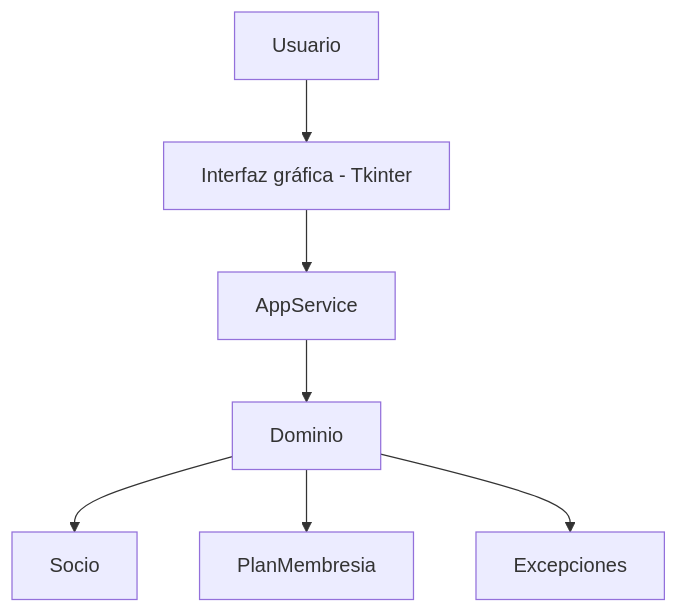
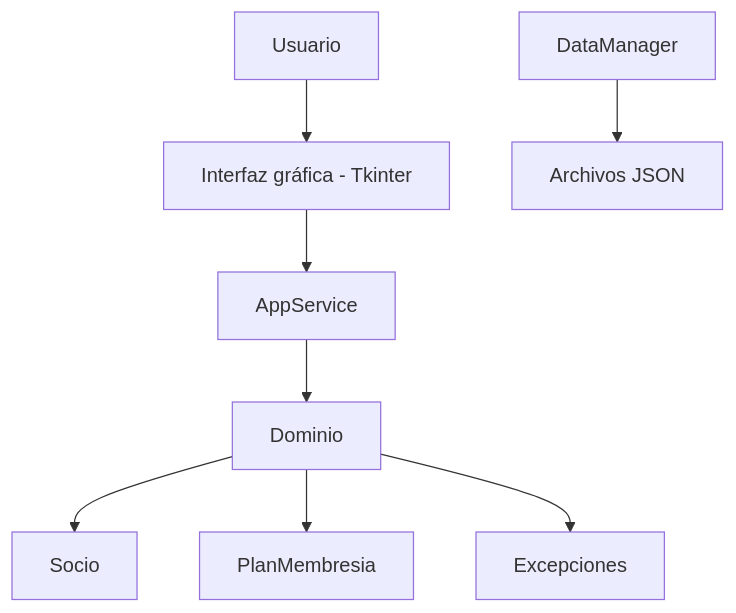
The first of 3 diagrams in architecture.md (Rodri7930/PARCIAL-GYM), drawn with Mermaid before and after one commit. The commit also changed other lines of this file, not shown here.

Commit message:
docs: actualiza arquitectura con persistencia JSON

````diff
--- a/architecture.md
+++ b/architecture.md
@@ -67,9 +98,12 @@
 ```mermaid
 flowchart TD
     U[Usuario] --> UI[Interfaz gráfica - Tkinter]
     UI --> S[AppService]
     S --> D[Dominio]
+
     D --> SOC[Socio]
     D --> PLAN[PlanMembresia]
     D --> EX[Excepciones]
+
+    DM[DataManager] --> JSON[Archivos JSON]
 ```
````
